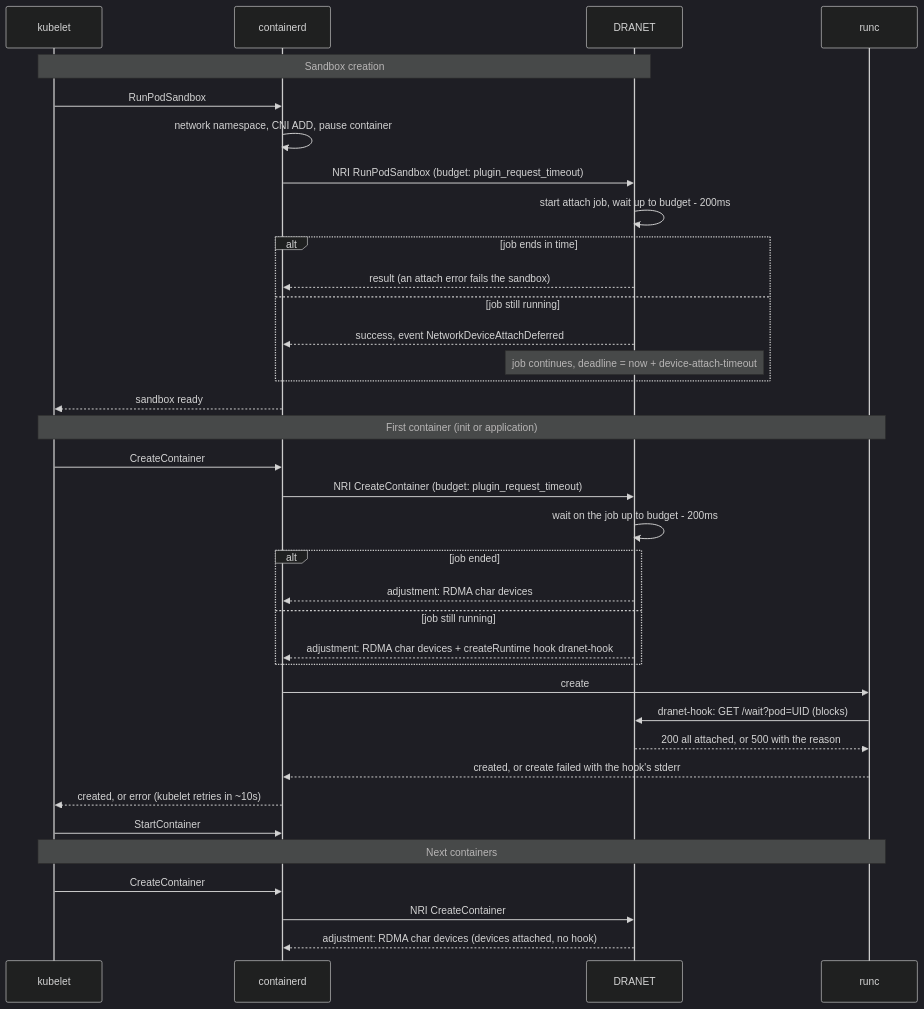
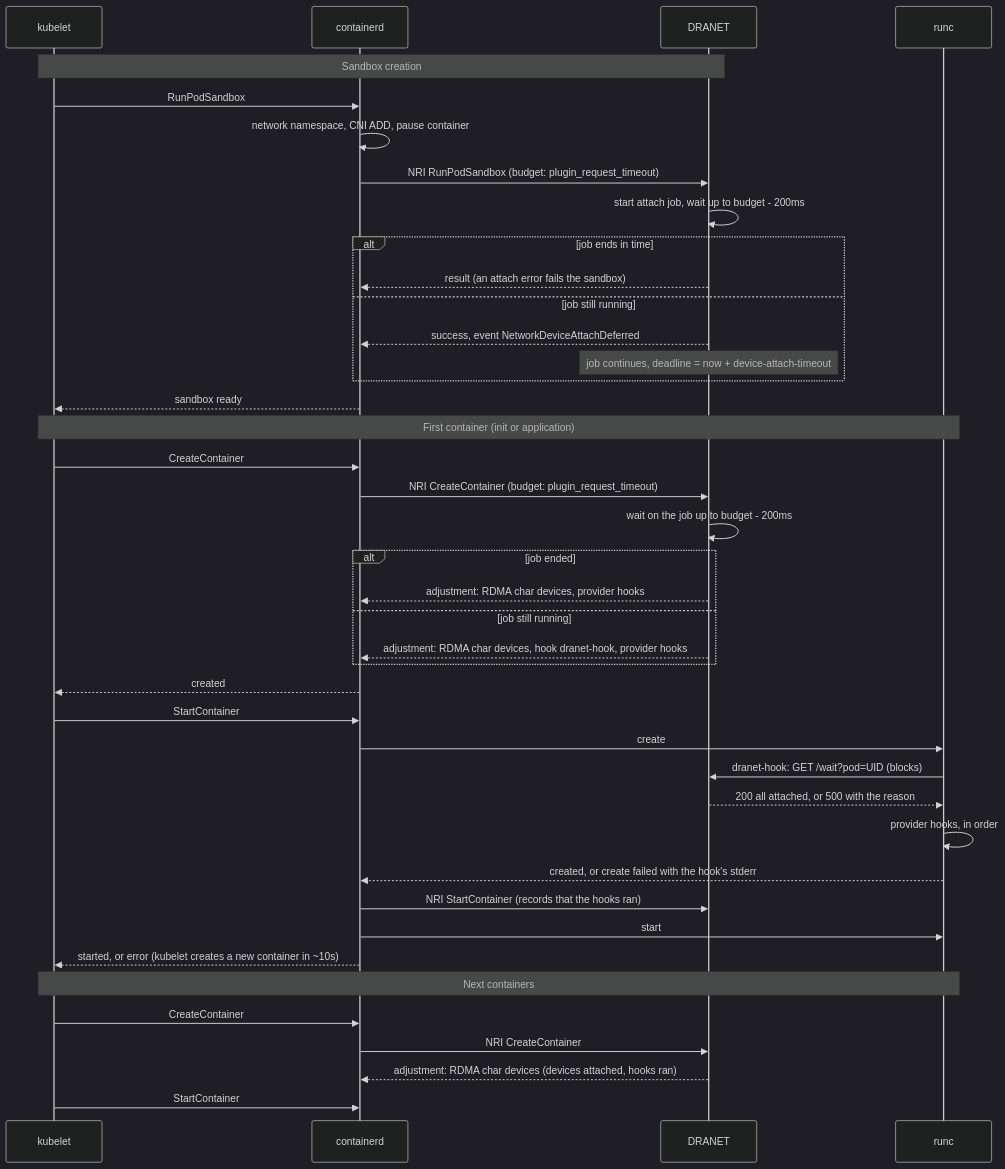
The diagram in site/content/docs/concepts/device-attach-timing.md (kubernetes-sigs/dranet), drawn with Mermaid (dark theme) before and after one commit. The commit also changed other lines of this file and 22 other files, not shown here.

````diff
--- a/site/content/docs/concepts/device-attach-timing.md
+++ b/site/content/docs/concepts/device-attach-timing.md
@@ -34,41 +41,46 @@
 ```mermaid
 sequenceDiagram
     participant K as kubelet
     participant C as containerd
     participant D as DRANET
     participant R as runc
 
     note over K,D: Sandbox creation
     K->>C: RunPodSandbox
     C->>C: network namespace, CNI ADD, pause container
     C->>D: NRI RunPodSandbox (budget: plugin_request_timeout)
     D->>D: start attach job, wait up to budget - 200ms
     alt job ends in time
         D-->>C: result (an attach error fails the sandbox)
     else job still running
         D-->>C: success, event NetworkDeviceAttachDeferred
         note over D: job continues, deadline = now + device-attach-timeout
     end
     C-->>K: sandbox ready
 
     note over K,R: First container (init or application)
     K->>C: CreateContainer
     C->>D: NRI CreateContainer (budget: plugin_request_timeout)
     D->>D: wait on the job up to budget - 200ms
     alt job ended
-        D-->>C: adjustment: RDMA char devices
+        D-->>C: adjustment: RDMA char devices, provider hooks
     else job still running
-        D-->>C: adjustment: RDMA char devices + createRuntime hook dranet-hook
+        D-->>C: adjustment: RDMA char devices, hook dranet-hook, provider hooks
     end
+    C-->>K: created
+    K->>C: StartContainer
     C->>R: create
     R->>D: dranet-hook: GET /wait?pod=UID (blocks)
     D-->>R: 200 all attached, or 500 with the reason
+    R->>R: provider hooks, in order
     R-->>C: created, or create failed with the hook's stderr
-    C-->>K: created, or error (kubelet retries in ~10s)
-    K->>C: StartContainer
+    C->>D: NRI StartContainer (records that the hooks ran)
+    C->>R: start
+    C-->>K: started, or error (kubelet creates a new container in ~10s)
 
     note over K,R: Next containers
     K->>C: CreateContainer
     C->>D: NRI CreateContainer
-    D-->>C: adjustment: RDMA char devices (devices attached, no hook)
+    D-->>C: adjustment: RDMA char devices (devices attached, hooks ran)
+    K->>C: StartContainer
 ```
````
